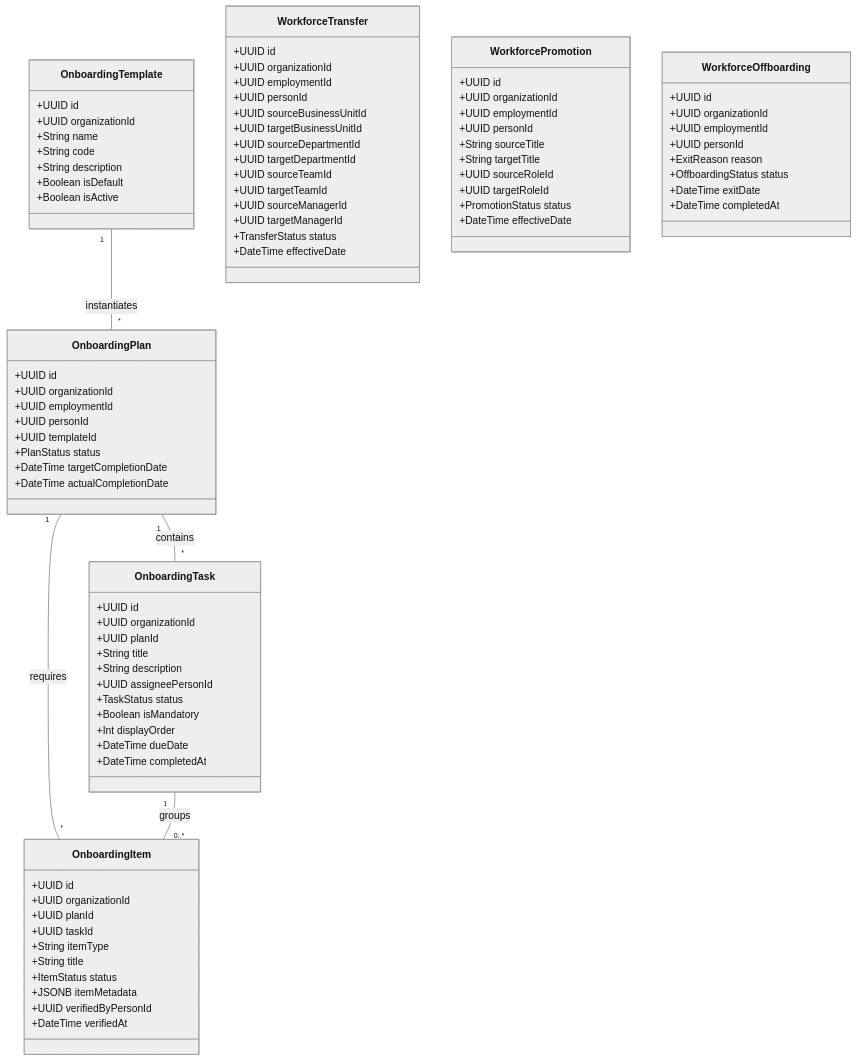
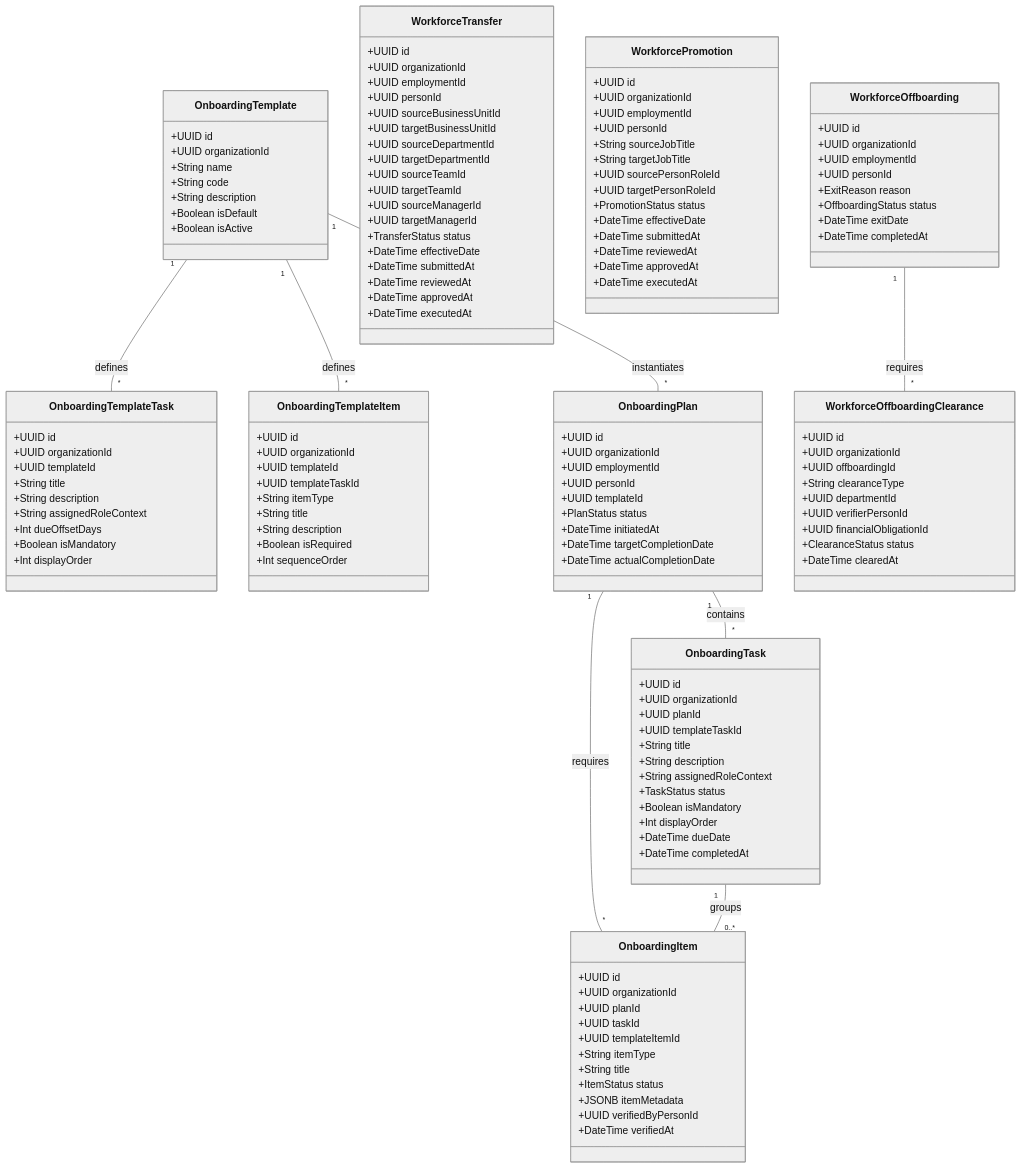
The diagram in docs/02_Domain/Onboarding-M14.md (devoc-official/devoc-os), drawn with Mermaid (neutral theme) before and after one commit. The commit also changed other lines of this file and 5 other files, not shown here.

Commit message:
docs: refine milestone 14 workforce lifecycle architecture

````diff
--- a/docs/02_Domain/Onboarding-M14.md
+++ b/docs/02_Domain/Onboarding-M14.md
@@ -24,6 +24,30 @@
         +Boolean isActive
     }
 
+    class OnboardingTemplateTask {
+        +UUID id
+        +UUID organizationId
+        +UUID templateId
+        +String title
+        +String description
+        +String assignedRoleContext
+        +Int dueOffsetDays
+        +Boolean isMandatory
+        +Int displayOrder
+    }
+
+    class OnboardingTemplateItem {
+        +UUID id
+        +UUID organizationId
+        +UUID templateId
+        +UUID templateTaskId
+        +String itemType
+        +String title
+        +String description
+        +Boolean isRequired
+        +Int sequenceOrder
+    }
+
     class OnboardingPlan {
         +UUID id
         +UUID organizationId
@@ -31,6 +55,7 @@
         +UUID personId
         +UUID templateId
         +PlanStatus status
+        +DateTime initiatedAt
         +DateTime targetCompletionDate
         +DateTime actualCompletionDate
     }
@@ -39,9 +64,10 @@
         +UUID id
         +UUID organizationId
         +UUID planId
+        +UUID templateTaskId
         +String title
         +String description
-        +UUID assigneePersonId
+        +String assignedRoleContext
         +TaskStatus status
         +Boolean isMandatory
         +Int displayOrder
@@ -54,6 +80,7 @@
         +UUID organizationId
         +UUID planId
         +UUID taskId
+        +UUID templateItemId
         +String itemType
         +String title
         +ItemStatus status
@@ -77,6 +104,10 @@
         +UUID targetManagerId
         +TransferStatus status
         +DateTime effectiveDate
+        +DateTime submittedAt
+        +DateTime reviewedAt
+        +DateTime approvedAt
+        +DateTime executedAt
     }
 
     class WorkforcePromotion {
@@ -84,12 +115,16 @@
         +UUID organizationId
         +UUID employmentId
         +UUID personId
-        +String sourceTitle
-        +String targetTitle
-        +UUID sourceRoleId
-        +UUID targetRoleId
+        +String sourceJobTitle
+        +String targetJobTitle
+        +UUID sourcePersonRoleId
+        +UUID targetPersonRoleId
         +PromotionStatus status
         +DateTime effectiveDate
+        +DateTime submittedAt
+        +DateTime reviewedAt
+        +DateTime approvedAt
+        +DateTime executedAt
     }
 
     class WorkforceOffboarding {
@@ -103,8 +138,23 @@
         +DateTime completedAt
     }
 
+    class WorkforceOffboardingClearance {
+        +UUID id
+        +UUID organizationId
+        +UUID offboardingId
+        +String clearanceType
+        +UUID departmentId
+        +UUID verifierPersonId
+        +UUID financialObligationId
+        +ClearanceStatus status
+        +DateTime clearedAt
+    }
+
+    OnboardingTemplate "1" -- "*" OnboardingTemplateTask : defines
+    OnboardingTemplate "1" -- "*" OnboardingTemplateItem : defines
     OnboardingTemplate "1" -- "*" OnboardingPlan : instantiates
     OnboardingPlan "1" -- "*" OnboardingTask : contains
     OnboardingPlan "1" -- "*" OnboardingItem : requires
     OnboardingTask "1" -- "0..*" OnboardingItem : groups
+    WorkforceOffboarding "1" -- "*" WorkforceOffboardingClearance : requires
 ```
````
